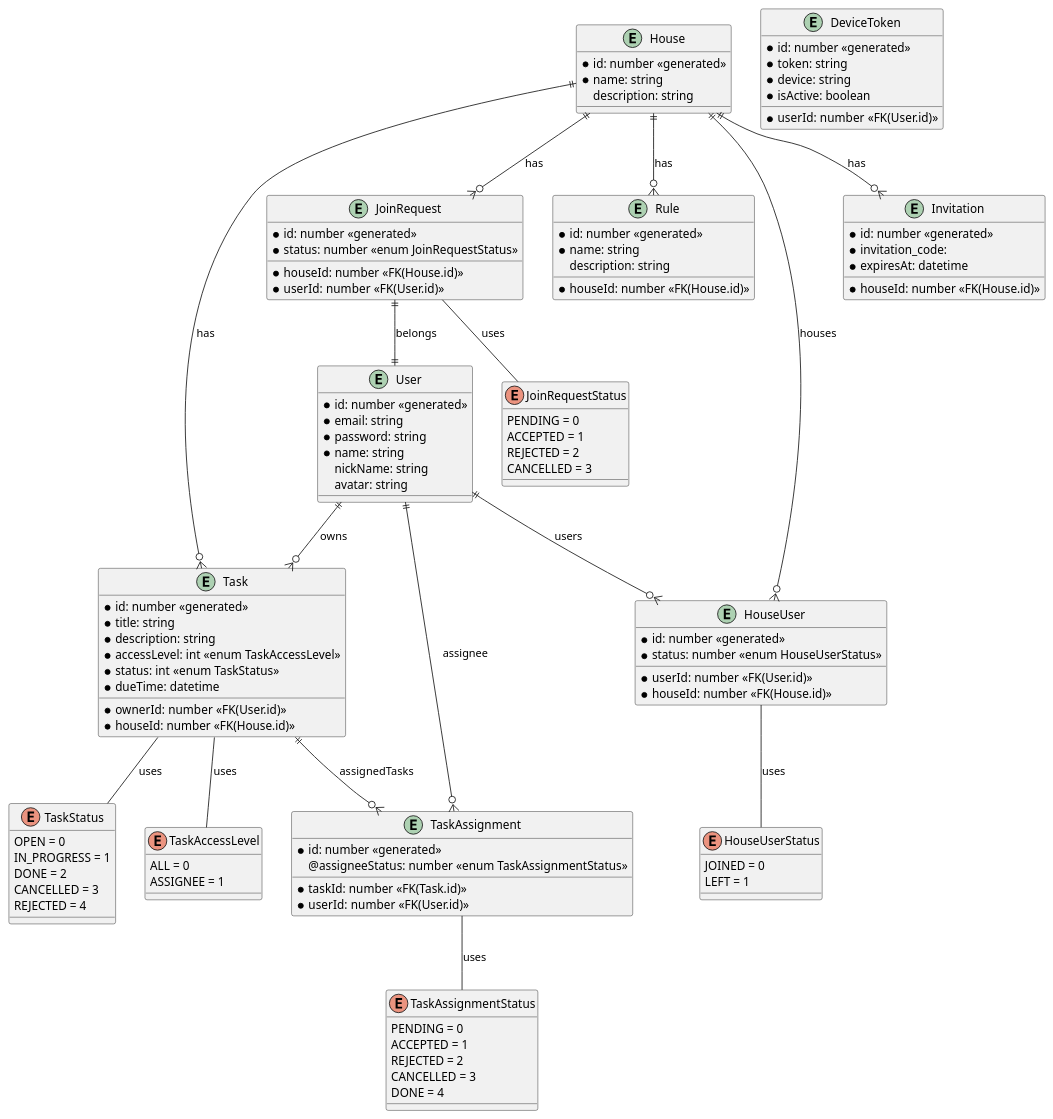
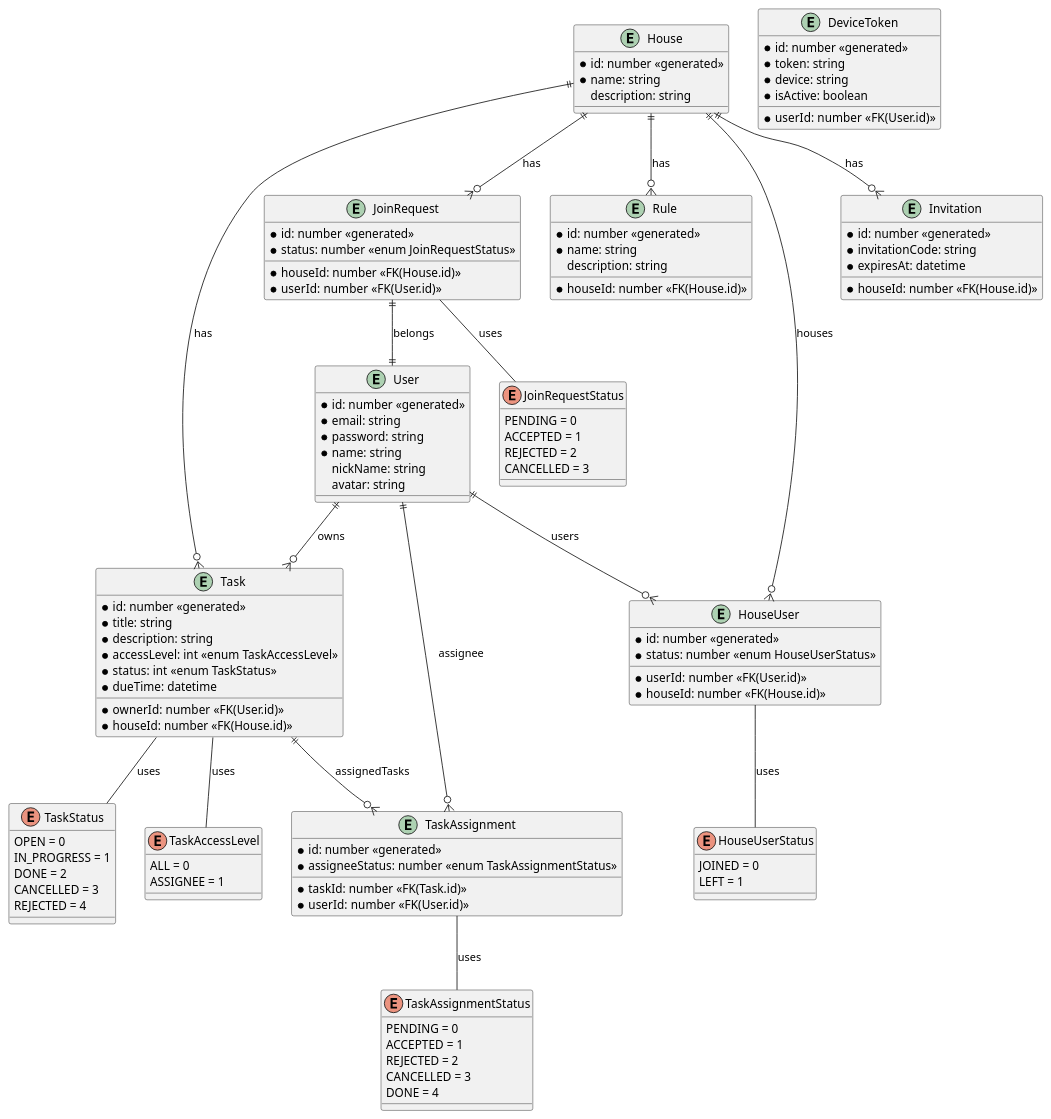
Before and after one commit to Joazen544/house-cowork-architecture: the diagram in docs/diagrams/backend/database-structure/database-structure.puml, drawn with PlantUML.

Commit message:
feat: correct the name and type in Invitation

```diff
--- a/docs/diagrams/backend/database-structure/database-structure.puml
+++ b/docs/diagrams/backend/database-structure/database-structure.puml
@@ -1,126 +1,126 @@
 @startuml database-structure
 
 entity User {
   *id: number <<generated>>
   *email: string
   *password: string
   *name: string
   nickName: string
   avatar: string
 }
 
 entity Task {
   *id: number <<generated>>
   *ownerId: number <<FK(User.id)>>
   *title: string
   *description: string
   *accessLevel: int <<enum TaskAccessLevel>>
   *status: int <<enum TaskStatus>>
   *dueTime: datetime
   *houseId: number <<FK(House.id)>>
 }
 
 enum TaskAccessLevel {
   ALL = 0
   ASSIGNEE = 1
 }
 
 enum TaskStatus {
   OPEN = 0
   IN_PROGRESS = 1
   DONE = 2
   CANCELLED = 3
   REJECTED = 4
 }
 
 Task -- TaskAccessLevel : uses
 Task -- TaskStatus : uses
 
 entity TaskAssignment {
   *id: number <<generated>>
   *taskId: number <<FK(Task.id)>>
   *userId: number <<FK(User.id)>>
-  @assigneeStatus: number <<enum TaskAssignmentStatus>>
+  *assigneeStatus: number <<enum TaskAssignmentStatus>>
 }
 
 enum TaskAssignmentStatus {
   PENDING = 0
   ACCEPTED = 1
   REJECTED = 2
   CANCELLED = 3
   DONE = 4
 }
 
 TaskAssignment -- TaskAssignmentStatus : uses
 
 entity House {
   *id: number <<generated>>
   *name: string
   description: string
 }
 
 entity HouseUser {
   *id: number <<generated>>
   *userId: number <<FK(User.id)>>
   *houseId: number <<FK(House.id)>>
   *status: number <<enum HouseUserStatus>>
 }
 
 enum HouseUserStatus {
   JOINED = 0
   LEFT = 1
 }
 
 HouseUser -- HouseUserStatus : uses
 
 entity Rule {
   *id: number <<generated>>
   *houseId: number <<FK(House.id)>>
   *name: string
   description: string
 }
 
 entity JoinRequest {
   *id: number <<generated>>
   *houseId: number <<FK(House.id)>>
   *userId: number <<FK(User.id)>>
   *status: number <<enum JoinRequestStatus>>
 }
 
 enum JoinRequestStatus {
   PENDING = 0
   ACCEPTED = 1
   REJECTED = 2
   CANCELLED = 3
 }
 
 JoinRequest -- JoinRequestStatus : uses
 
 entity Invitation {
   *id: number <<generated>>
-  *invitation_code:
+  *invitationCode: string
   *houseId: number <<FK(House.id)>>
   *expiresAt: datetime
 }
 
 entity DeviceToken {
   *id: number <<generated>>
   *token: string
   *device: string
   *userId: number <<FK(User.id)>>
   *isActive: boolean
 }
 
 User ||--o{ Task : owns
 User ||--o{ TaskAssignment : assignee
 Task ||--o{ TaskAssignment : assignedTasks
 User ||--o{ HouseUser :users
 House ||--o{ HouseUser :houses
 
 House ||--o{ Rule : has
 House ||--o{ Task : has
 House ||--o{ JoinRequest : has
 JoinRequest ||--|| User : belongs
 House ||--o{ Invitation : has
 
 @enduml
```
